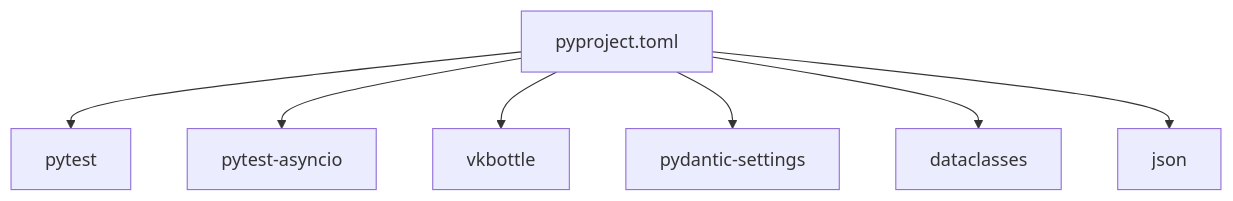
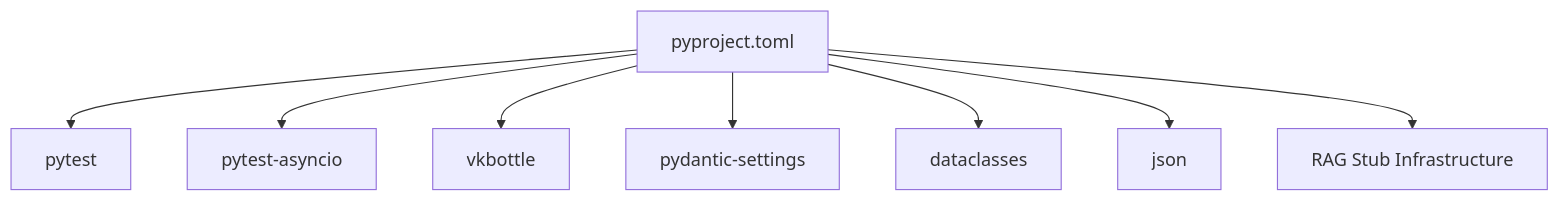
One commit to ognelis/cafetera_hr_bot changed the third of 3 diagrams in .qoder/repowiki/en/content/Testing Strategy.md. Above: the diagram before and after it, drawn with Mermaid. The commit also changed other lines of this file and 14 other files, not shown here.

````diff
--- a/.qoder/repowiki/en/content/Testing Strategy.md
+++ b/.qoder/repowiki/en/content/Testing Strategy.md
@@ -442,16 +472,18 @@
 ```mermaid
 graph TB
 PY["pyproject.toml"]
 P["pytest"]
 PA["pytest-asyncio"]
 VK["vkbottle"]
 PS["pydantic-settings"]
 DC["dataclasses"]
 JSON["json"]
+RS["RAG Stub Infrastructure"]
 PY --> P
 PY --> PA
 PY --> VK
 PY --> PS
 PY --> DC
 PY --> JSON
+PY --> RS
 ```
````
